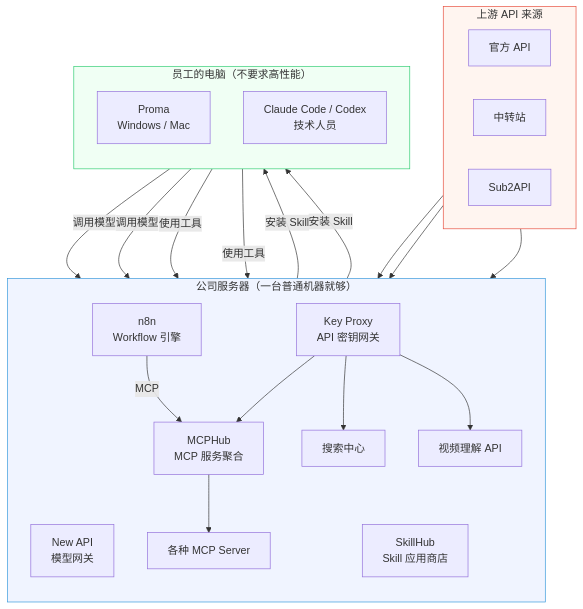
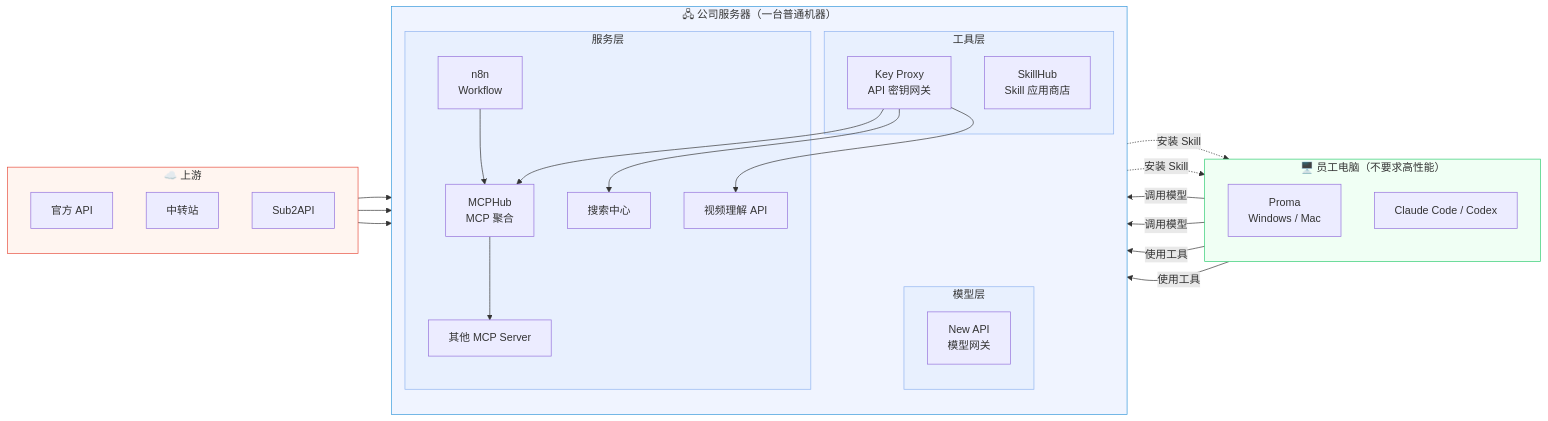
One commit to zj1123581321/zj1123581321.github.io changed the second of 2 diagrams in content/posts/260908-smb-agent-framework/index.md. Above: the diagram before and after it, drawn with Mermaid.

Commit message:
fix: 优化 mermaid 架构图排版
改为左右布局（LR），服务器内部分三层（模型层/工具层/服务层），
SkillHub 用虚线箭头区分，整体更清晰。

Agent-Executor: cc
Agent-Session: 34aa7eed-ce75-4ad8-9e7b-e6d6c7fc88c1
Agent-Effort: high

````diff
--- a/content/posts/260908-smb-agent-framework/index.md
+++ b/content/posts/260908-smb-agent-framework/index.md
@@ -271,47 +271,60 @@
 ```mermaid
-graph TB
-    subgraph Upstream["上游 API 来源"]
-        direction LR
+graph LR
+    subgraph Client["🖥️ 员工电脑（不要求高性能）"]
+        direction TB
+        Proma["Proma<br/>Windows / Mac"]
+        CC["Claude Code / Codex"]
+    end
+
+    subgraph Server["🖧 公司服务器（一台普通机器）"]
+        direction TB
+
+        subgraph ModelLayer["模型层"]
+            NewAPI["New API<br/>模型网关"]
+        end
+
+        subgraph ToolLayer["工具层"]
+            KeyProxy["Key Proxy<br/>API 密钥网关"]
+            SkillHub["SkillHub<br/>Skill 应用商店"]
+        end
+
+        subgraph ServiceLayer["服务层"]
+            MCPHub["MCPHub<br/>MCP 聚合"]
+            Search["搜索中心"]
+            Video["视频理解 API"]
+            N8N["n8n<br/>Workflow"]
+            MCP["其他 MCP Server"]
+        end
+    end
+
+    subgraph Upstream["☁️ 上游"]
+        direction TB
         Official["官方 API"]
         Reseller["中转站"]
         Sub2API["Sub2API"]
     end
 
-    subgraph Server["公司服务器（一台普通机器就够）"]
-        direction TB
-        NewAPI["New API<br/>模型网关"]
-        KeyProxy["Key Proxy<br/>API 密钥网关"]
-        SkillHub["SkillHub<br/>Skill 应用商店"]
-        MCPHub["MCPHub<br/>MCP 服务聚合"]
-        N8N["n8n<br/>Workflow 引擎"]
-        Search["搜索中心"]
-        Video["视频理解 API"]
-        MCP["各种 MCP Server"]
-    end
-
-    subgraph Client["员工的电脑（不要求高性能）"]
-        direction TB
-        Proma["Proma<br/>Windows / Mac"]
-        CC["Claude Code / Codex<br/>技术人员"]
-    end
+    Proma -->|调用模型| NewAPI
+    CC -->|调用模型| NewAPI
+    Proma -->|使用工具| KeyProxy
+    CC -->|使用工具| KeyProxy
+    SkillHub -.->|安装 Skill| Proma
+    SkillHub -.->|安装 Skill| CC
 
     Official --> NewAPI
     Reseller --> NewAPI
     Sub2API --> NewAPI
 
-    Proma -->|调用模型| NewAPI
-    CC -->|调用模型| NewAPI
-    Proma -->|使用工具| KeyProxy
-    CC -->|使用工具| KeyProxy
-    SkillHub -->|安装 Skill| Proma
-    SkillHub -->|安装 Skill| CC
     KeyProxy --> MCPHub
     KeyProxy --> Search
     KeyProxy --> Video
     MCPHub --> MCP
-    N8N -->|MCP| MCPHub
+    N8N --> MCPHub
 
+    style Client fill:#f0fff4,stroke:#2ecc71
+    style Server fill:#f0f4ff,stroke:#3498db
     style Upstream fill:#fff5f0,stroke:#e74c3c
-    style Server fill:#f0f4ff,stroke:#3498db
-    style Client fill:#f0fff4,stroke:#2ecc71
+    style ModelLayer fill:#e8f0fe,stroke:#90b4f0
+    style ToolLayer fill:#e8f0fe,stroke:#90b4f0
+    style ServiceLayer fill:#e8f0fe,stroke:#90b4f0
 ```
````
